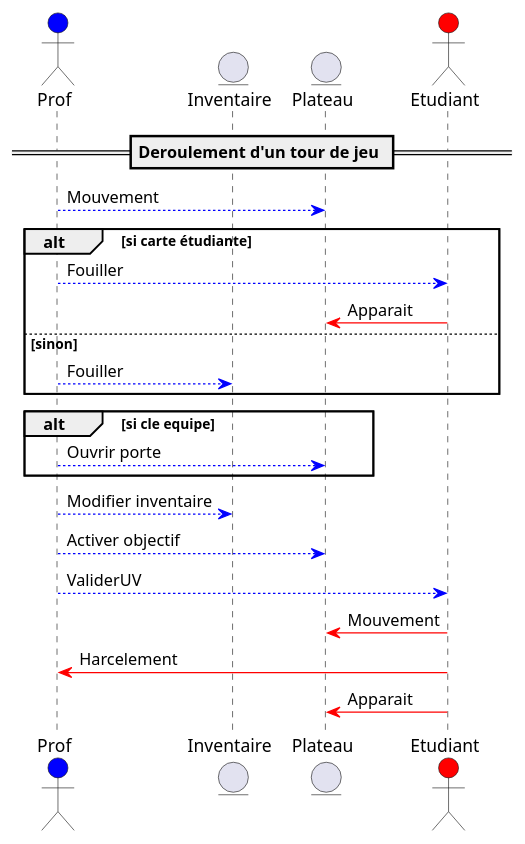
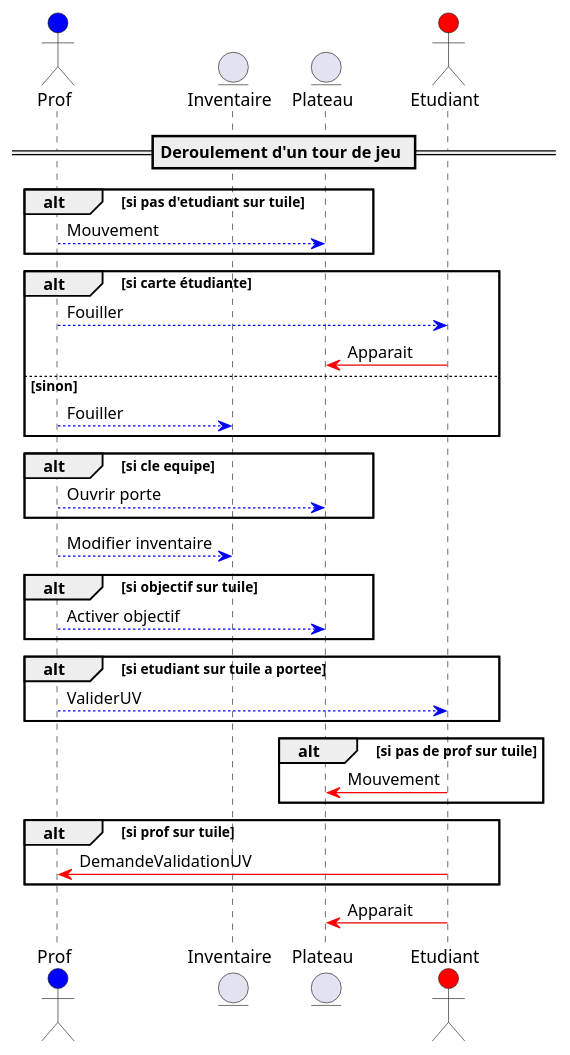
One commit to Erathriel/Projet_LO43 changed the diagram in UML/UML_Sequence.puml. Above: the diagram before and after it, drawn with PlantUML.

Commit message:
Diagramme de Séquence - modif

```diff
--- a/UML/UML_Sequence.puml
+++ b/UML/UML_Sequence.puml
@@ -1,25 +1,35 @@
 @startuml
 actor Prof #blue
 entity Inventaire
 entity Plateau
 actor Etudiant #red
 
 == Deroulement d'un tour de jeu ==
 
-Prof --[#blue]> Plateau : Mouvement
+alt si pas d'etudiant sur tuile
+    Prof --[#blue]> Plateau : Mouvement
+end
 alt si carte étudiante
     Prof --[#blue]> Etudiant : Fouiller
     Etudiant -[#red]> Plateau : Apparait
 else sinon
     Prof --[#blue]> Inventaire : Fouiller
 end
 alt si cle equipe
     Prof --[#blue]> Plateau : Ouvrir porte
 end
 Prof --[#blue]> Inventaire : Modifier inventaire
-Prof --[#blue]> Plateau : Activer objectif
-Prof --[#blue]> Etudiant : ValiderUV
-Etudiant -[#red]> Plateau : Mouvement
-Etudiant -[#red]> Prof : Harcelement
+alt si objectif sur tuile
+    Prof --[#blue]> Plateau : Activer objectif
+end
+alt si etudiant sur tuile a portee
+    Prof --[#blue]> Etudiant : ValiderUV
+end
+alt si pas de prof sur tuile
+    Etudiant -[#red]> Plateau : Mouvement
+end
+alt si prof sur tuile
+    Etudiant -[#red]> Prof : DemandeValidationUV
+end
 Etudiant -[#red]> Plateau : Apparait
 @enduml
```
